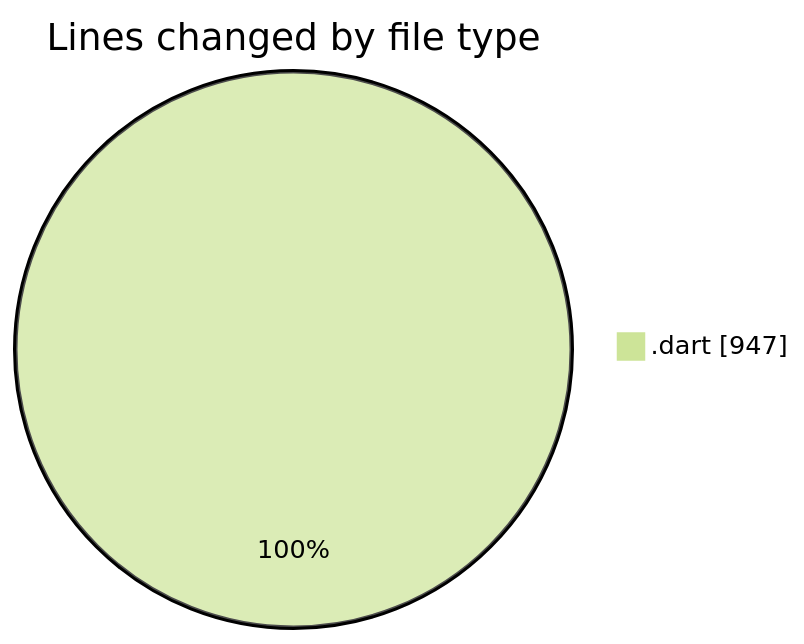
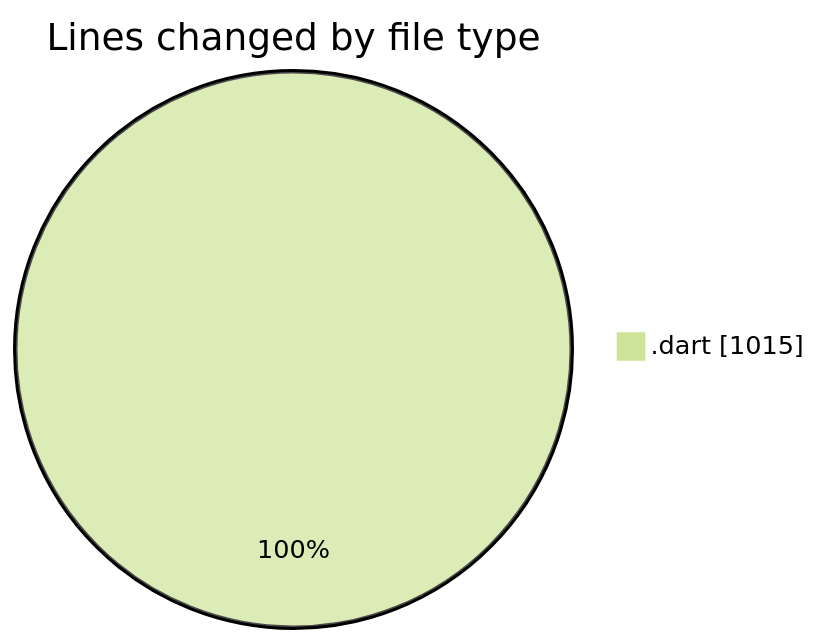
One commit to donsfak/code-tracking changed the first of 2 diagrams in 2025-03-08/uber_clone/README.md. Above: the diagram before and after it, drawn with Mermaid (forest theme). The commit also changed other lines of this file and 1 other file, not shown here.

````diff
--- a/2025-03-08/uber_clone/README.md
+++ b/2025-03-08/uber_clone/README.md
@@ -21,5 +21,5 @@
 ```mermaid
 pie showData
 title Lines changed by file type
-".dart" : 947
+".dart" : 1015
 ```
````
